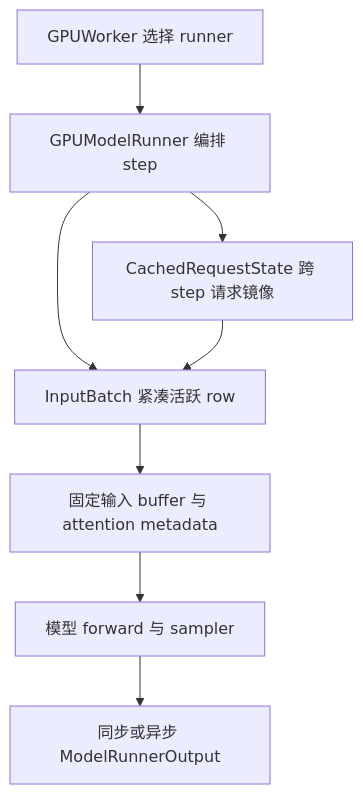
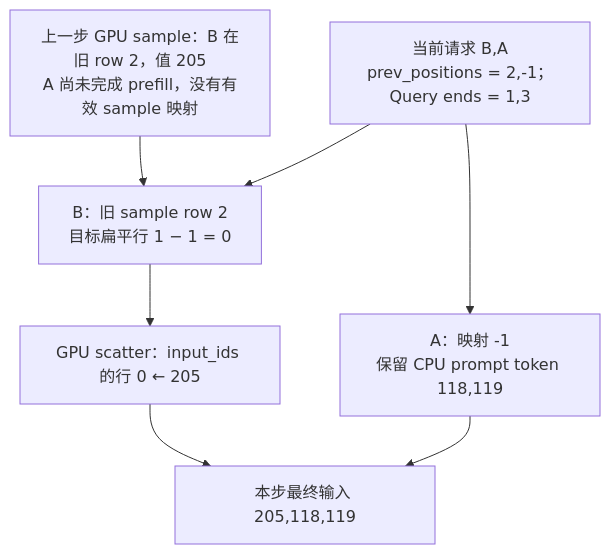
Before and after one commit to suhaibo666/llm-knowledge: the second of 2 diagrams in wiki/02_engineering/03_infer_frameworks/vllm/15_vllm_model_runner_v1_analysis.md, drawn with Mermaid. The commit also changed other lines of this file and 49 other files, not shown here.

````diff
--- a/wiki/02_engineering/03_infer_frameworks/vllm/15_vllm_model_runner_v1_analysis.md
+++ b/wiki/02_engineering/03_infer_frameworks/vllm/15_vllm_model_runner_v1_analysis.md
@@ -20,10 +160,11 @@
 ```mermaid
 flowchart TB
-    W["GPUWorker 选择 runner"] --> R["GPUModelRunner 编排 step"]
-    R --> C["CachedRequestState 跨 step 请求镜像"]
-    R --> B["InputBatch 紧凑活跃 row"]
+    P["上一步 GPU sample：B 在旧 row 2，值 205<br/>A 尚未完成 prefill，没有有效 sample 映射"]
+    C["当前请求 B,A<br/>prev_positions = 2,-1；Query ends = 1,3"]
+    P --> B["B：旧 sample row 2<br/>目标扁平行 1 − 1 = 0"]
     C --> B
-    B --> I["固定输入 buffer 与 attention metadata"]
-    I --> M["模型 forward 与 sampler"]
-    M --> O["同步或异步 ModelRunnerOutput"]
+    C --> A["A：映射 -1<br/>保留 CPU prompt token 118,119"]
+    B --> S["GPU scatter：input_ids 的行 0 ← 205"]
+    A --> O["本步最终输入 205,118,119"]
+    S --> O
 ```
````
